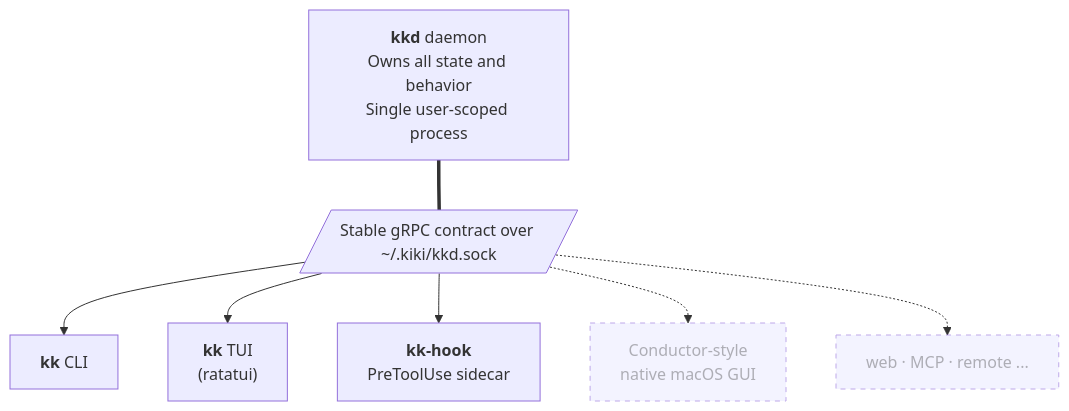
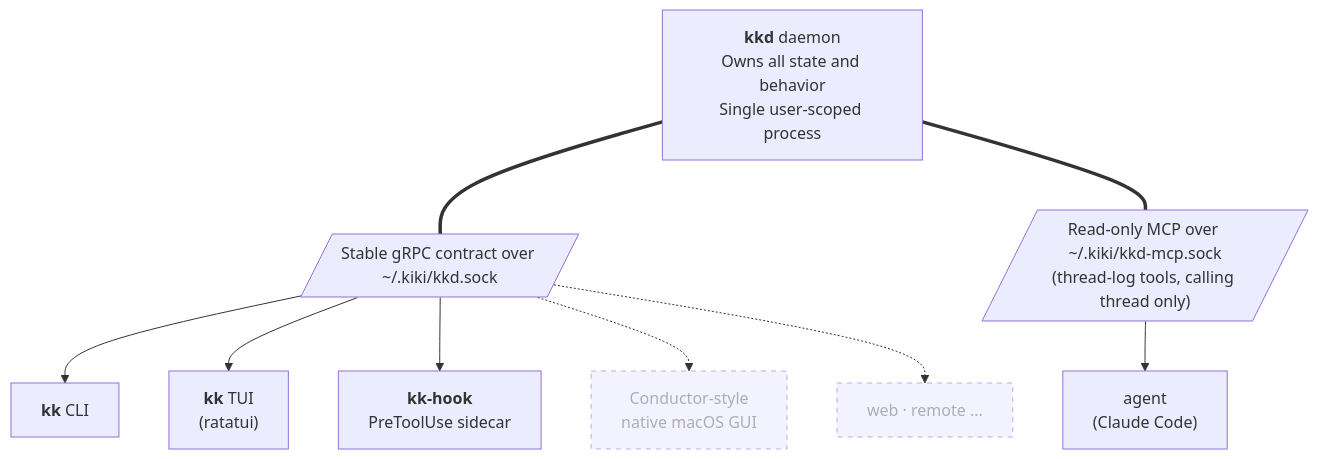
Before and after one commit to skeswa/kiki: the third of 3 diagrams in README.md, drawn with Mermaid. The commit also changed other lines of this file and 1 other file, not shown here.

````diff
--- a/README.md
+++ b/README.md
@@ -122,20 +138,24 @@
 ```mermaid
 graph TD
     kkd["<b>kkd</b> daemon<br/>Owns all state and behavior<br/>Single user-scoped process"]
     socket[/"Stable gRPC contract over ~/.kiki/kkd.sock"/]
+    mcp[/"Read-only MCP over ~/.kiki/kkd-mcp.sock<br/>(thread-log tools, calling thread only)"/]
     cli["<b>kk</b> CLI"]
     tui["<b>kk</b> TUI<br/>(ratatui)"]
     hook["<b>kk-hook</b><br/>PreToolUse sidecar"]
+    agent["agent<br/>(Claude Code)"]
     gui["Conductor-style<br/>native macOS GUI"]
-    remote["web · MCP · remote ..."]
+    remote["web · remote ..."]
 
     kkd === socket
+    kkd === mcp
     socket --> cli
     socket --> tui
     socket --> hook
+    mcp --> agent
     socket -.-> gui
     socket -.-> remote
 
     classDef future stroke-dasharray: 5 5,opacity:0.6
     class gui,remote future
 ```
````
